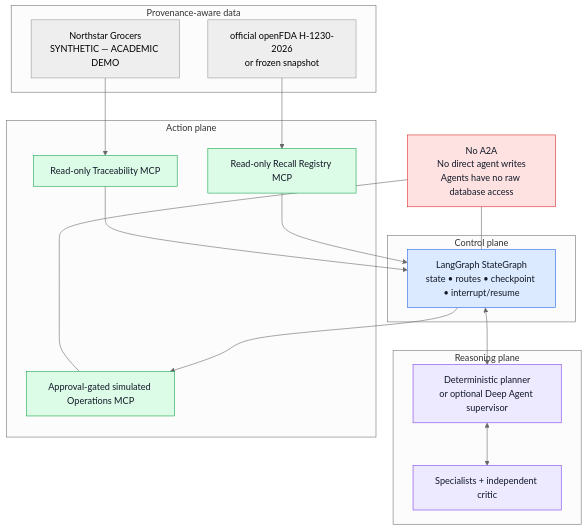
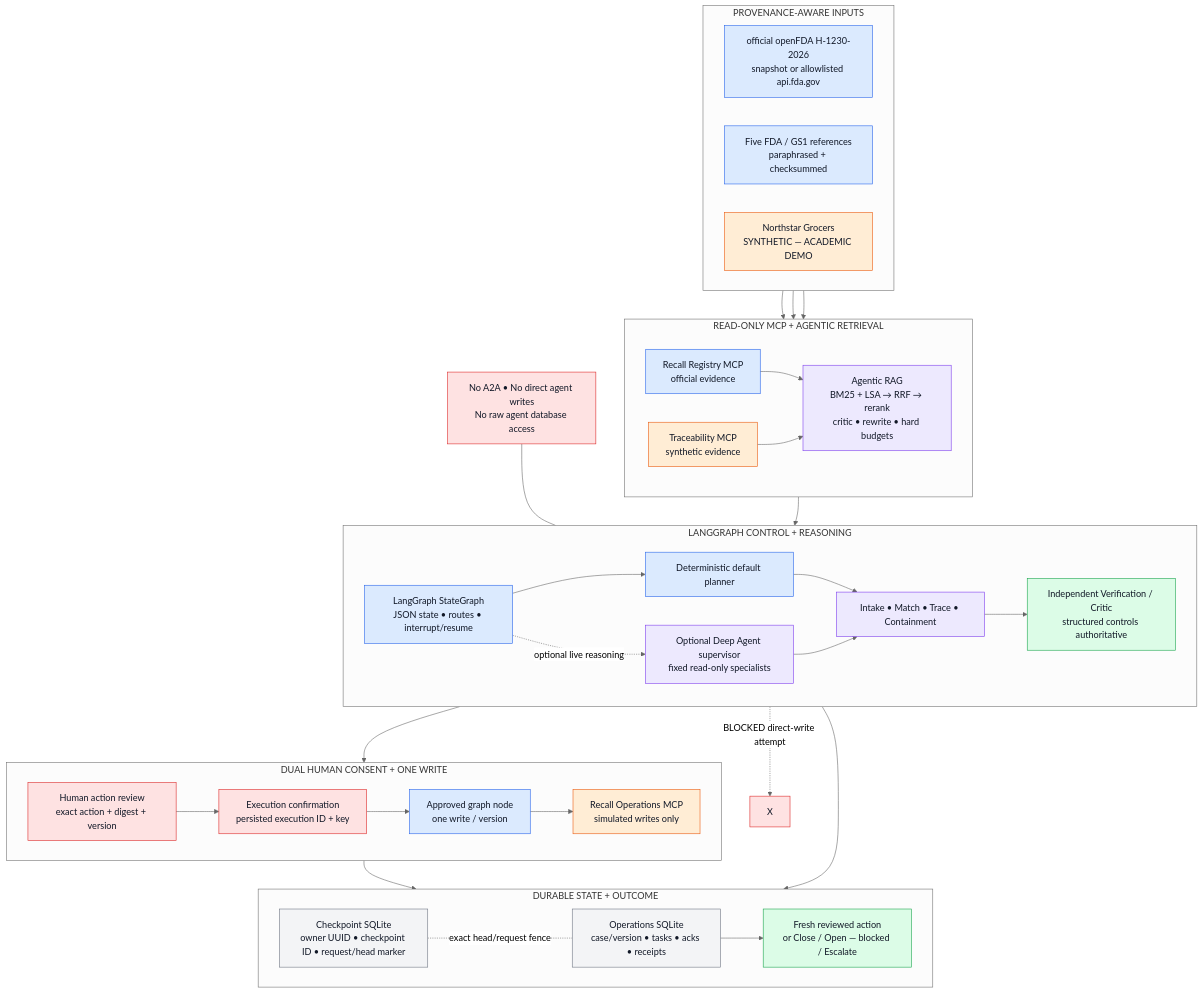
Before and after one commit to nagarjunakanamarlapudi/reacall-agents: the diagram in docs/images/02_system_architecture.mmd, drawn with Mermaid (neutral theme). The commit also changed 34 other files, not shown here.

```diff
--- a/docs/images/02_system_architecture.mmd
+++ b/docs/images/02_system_architecture.mmd
@@ -1,28 +1,62 @@
 flowchart TB
-  classDef control fill:#dbeafe,stroke:#2563eb,color:#111827
+  classDef official fill:#dbeafe,stroke:#2563eb,color:#111827
+  classDef synthetic fill:#ffedd5,stroke:#ea580c,color:#111827
   classDef reason fill:#ede9fe,stroke:#7c3aed,color:#111827
-  classDef action fill:#dcfce7,stroke:#16a34a,color:#111827
-  classDef safety fill:#fee2e2,stroke:#dc2626,color:#111827
-  subgraph DATA["Provenance-aware data"]
-    O["official openFDA H-1230-2026<br/>or frozen snapshot"]
-    S["Northstar Grocers<br/>SYNTHETIC — ACADEMIC DEMO"]
+  classDef verify fill:#dcfce7,stroke:#16a34a,color:#111827
+  classDef action fill:#ffedd5,stroke:#ea580c,color:#111827
+  classDef human fill:#fee2e2,stroke:#dc2626,color:#111827
+  classDef state fill:#f3f4f6,stroke:#6b7280,color:#111827
+
+  subgraph INPUTS["PROVENANCE-AWARE INPUTS"]
+    direction LR
+    O["official openFDA H-1230-2026<br/>snapshot or allowlisted api.fda.gov"]:::official
+    P["Five FDA / GS1 references<br/>paraphrased + checksummed"]:::official
+    S["Northstar Grocers<br/>SYNTHETIC — ACADEMIC DEMO"]:::synthetic
   end
-  subgraph CONTROL["Control plane"]
-    G["LangGraph StateGraph<br/>state • routes • checkpoint • interrupt/resume"]:::control
+
+  subgraph READS["READ-ONLY MCP + AGENTIC RETRIEVAL"]
+    direction LR
+    RR["Recall Registry MCP<br/>official evidence"]:::official
+    RAG["Agentic RAG<br/>BM25 + LSA → RRF → rerank<br/>critic • rewrite • hard budgets"]:::reason
+    TM["Traceability MCP<br/>synthetic evidence"]:::synthetic
+    RR --> RAG
+    TM --> RAG
   end
-  subgraph REASON["Reasoning plane"]
-    D["Deterministic planner<br/>or optional Deep Agent supervisor"]:::reason
-    X["Specialists + independent critic"]:::reason
+
+  subgraph CONTROL["LANGGRAPH CONTROL + REASONING"]
+    direction LR
+    G["LangGraph StateGraph<br/>JSON state • routes • interrupt/resume"]:::official
+    DP["Deterministic default planner"]:::official
+    DA["Optional Deep Agent supervisor<br/>fixed read-only specialists"]:::reason
+    SP["Intake • Match • Trace • Containment"]:::reason
+    VC["Independent Verification / Critic<br/>structured controls authoritative"]:::verify
+    G --> DP --> SP --> VC
+    G -. optional live reasoning .-> DA --> SP
   end
-  subgraph ACTION["Action plane"]
-    R["Read-only Recall Registry MCP"]:::action
-    T["Read-only Traceability MCP"]:::action
-    W["Approval-gated simulated Operations MCP"]:::action
+
+  subgraph CONSENT["DUAL HUMAN CONSENT + ONE WRITE"]
+    direction LR
+    HR["Human action review<br/>exact action + digest + version"]:::human
+    EC["Execution confirmation<br/>persisted execution ID + key"]:::human
+    GN["Approved graph node<br/>one write / version"]:::official
+    OM["Recall Operations MCP<br/>simulated writes only"]:::action
+    HR --> EC --> GN --> OM
   end
-  O --> R --> G
-  S --> T --> G
-  G <--> D <--> X
-  G --> W
-  SAFE["No A2A<br/>No direct agent writes<br/>Agents have no raw database access"]:::safety
-  SAFE --- G
-  SAFE --- W
+
+  subgraph DURABLE["DURABLE STATE + OUTCOME"]
+    direction LR
+    CP["Checkpoint SQLite<br/>owner UUID • checkpoint ID • request/head marker"]:::state
+    OP["Operations SQLite<br/>case/version • tasks • acks • receipts"]:::state
+    OUT["Fresh reviewed action<br/>or Close / Open — blocked / Escalate"]:::verify
+    CP -. exact head/request fence .- OP --> OUT
+  end
+
+  O --> RR
+  P --> RR
+  S --> TM
+  RAG --> G
+  VC --> HR
+  OM --> OP
+  G --> CP
+  SP -. "BLOCKED direct-write attempt" .-> X["X"]:::human
+  SAFE["No A2A • No direct agent writes<br/>No raw agent database access"]:::human --- G
```
